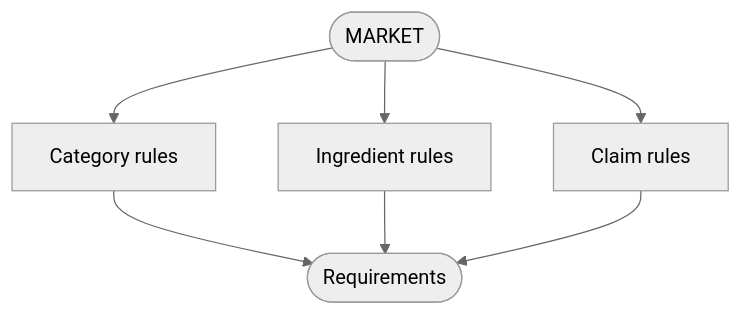
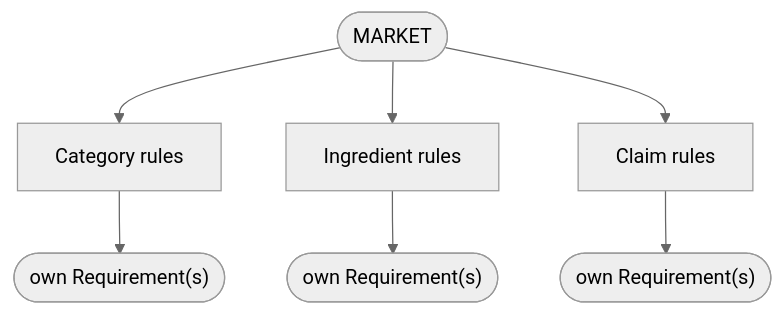
One commit to msporchia/sku-regulatory-intelligenc changed the second of 9 diagrams in README.md. Above: the diagram before and after it, drawn with Mermaid (neutral theme). The commit also changed other lines of this file, not shown here.

````diff
--- a/README.md
+++ b/README.md
@@ -78,10 +82,10 @@
 ```mermaid
 flowchart TD
   M(["MARKET"])
   M --> CR["Category rules"]
   M --> IR["Ingredient rules"]
   M --> ClR["Claim rules"]
-  CR --> R(["Requirements"])
-  IR --> R
-  ClR --> R
+  CR --> R1(["own Requirement(s)"])
+  IR --> R2(["own Requirement(s)"])
+  ClR --> R3(["own Requirement(s)"])
 ```
````
